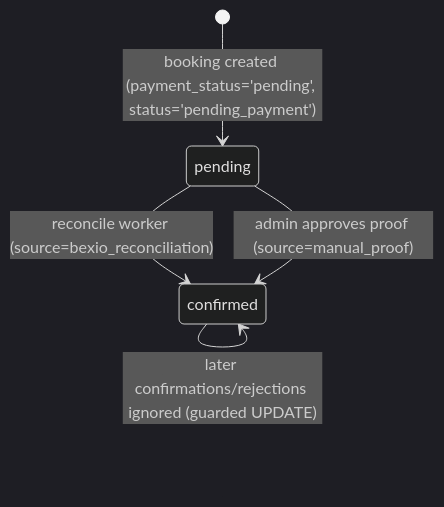
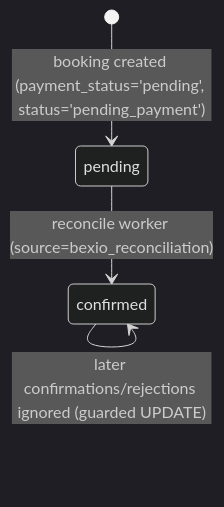
The fourth of 4 diagrams in specs/features/007-bexio-integration/data-model.md (AGCPadelAcademy/web_application), drawn with Mermaid (dark theme) before and after one commit. The commit also changed other lines of this file and 52 other files, not shown here.

````diff
--- a/specs/features/007-bexio-integration/data-model.md
+++ b/specs/features/007-bexio-integration/data-model.md
@@ -203,7 +203,6 @@
 ```mermaid
 stateDiagram-v2
     [*] --> pending : booking created (payment_status='pending', status='pending_payment')
     pending --> confirmed : reconcile worker (source=bexio_reconciliation)
-    pending --> confirmed : admin approves proof (source=manual_proof)
     confirmed --> confirmed : later confirmations/rejections ignored (guarded UPDATE)
 ```
````
